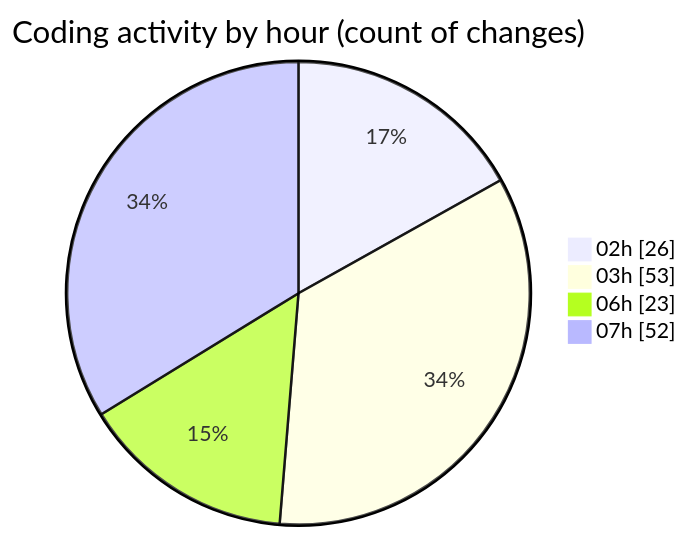
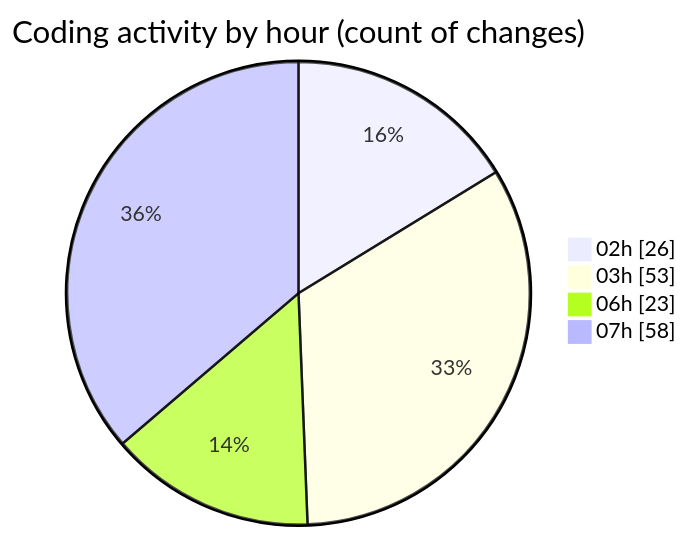
The second of 2 diagrams in 2025-02-22/micros/README.md (charlie-sans/code-tracking), drawn with Mermaid before and after one commit. The commit also changed other lines of this file and 1 other file, not shown here.

````diff
--- a/2025-02-22/micros/README.md
+++ b/2025-02-22/micros/README.md
@@ -72,8 +72,8 @@
 ```mermaid
 pie showData
 title Coding activity by hour (count of changes)
 "02h" : 26
 "03h" : 53
 "06h" : 23
-"07h" : 52
+"07h" : 58
 ```
````
